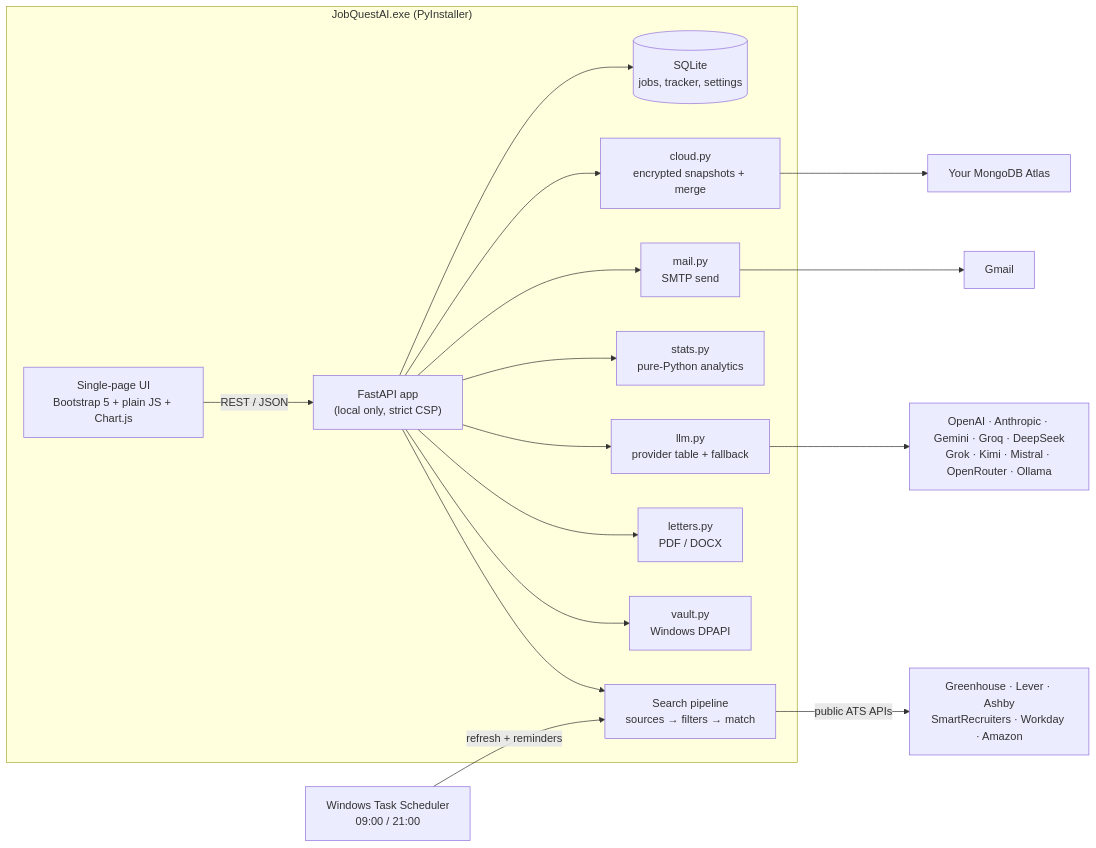
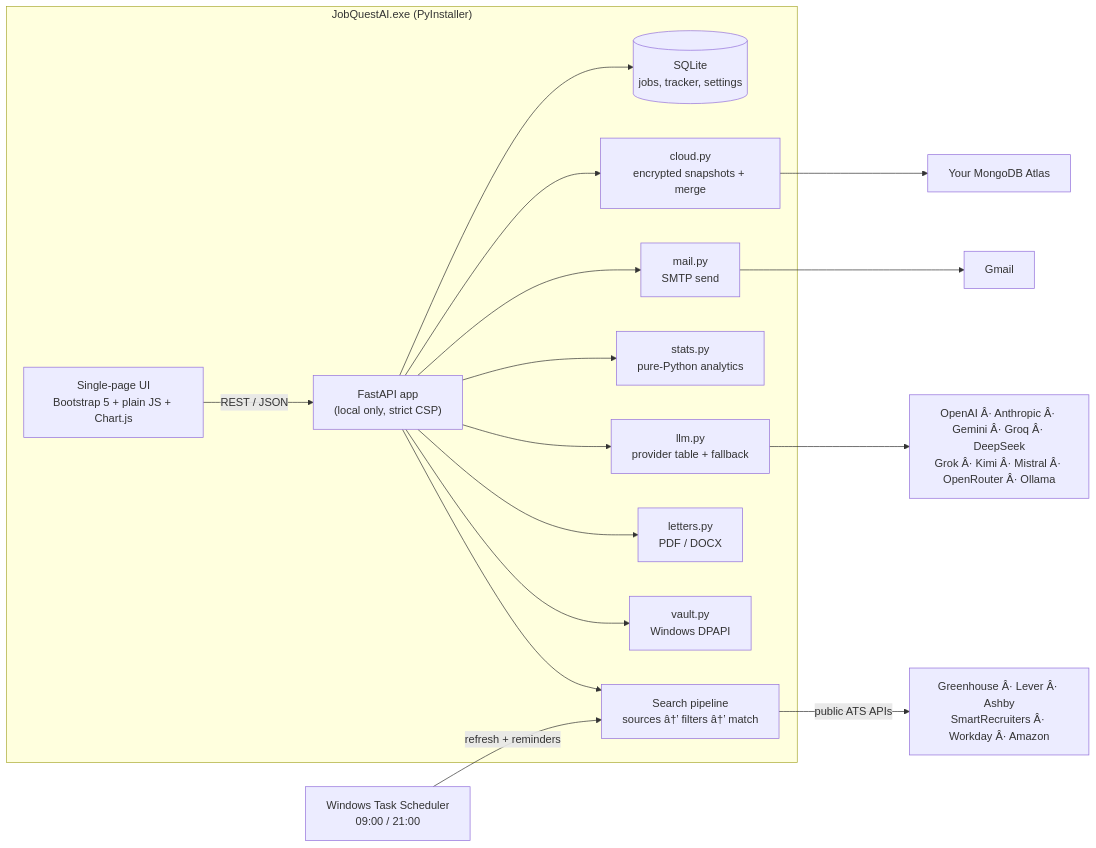
The first of 2 diagrams in README.md (striderzz/JobQuest.AI), drawn with Mermaid before and after one commit. The commit also changed other lines of this file and 3 other files, not shown here.

````diff
--- a/README.md
+++ b/README.md
@@ -151,19 +151,19 @@
 ```mermaid
 flowchart LR
   subgraph Desktop["JobQuestAI.exe (PyInstaller)"]
     UI["Single-page UI<br/>Bootstrap 5 + plain JS + Chart.js"] -->|REST / JSON| API["FastAPI app<br/>(local only, strict CSP)"]
     API --> DB[("SQLite<br/>jobs, tracker, settings")]
-    API --> PIPE["Search pipeline<br/>sources → filters → match"]
+    API --> PIPE["Search pipeline<br/>sources â†’ filters â†’ match"]
     API --> LLM["llm.py<br/>provider table + fallback"]
     API --> STATS["stats.py<br/>pure-Python analytics"]
     API --> MAIL["mail.py<br/>SMTP send"]
     API --> LET["letters.py<br/>PDF / DOCX"]
     API --> VAULT["vault.py<br/>Windows DPAPI"]
     API --> CLOUD["cloud.py<br/>encrypted snapshots + merge"]
   end
   CLOUD --> ATLAS["Your MongoDB Atlas"]
-  PIPE -->|public ATS APIs| BOARDS["Greenhouse · Lever · Ashby<br/>SmartRecruiters · Workday · Amazon"]
-  LLM --> PROVIDERS["OpenAI · Anthropic · Gemini · Groq · DeepSeek<br/>Grok · Kimi · Mistral · OpenRouter · Ollama"]
+  PIPE -->|public ATS APIs| BOARDS["Greenhouse Â· Lever Â· Ashby<br/>SmartRecruiters Â· Workday Â· Amazon"]
+  LLM --> PROVIDERS["OpenAI Â· Anthropic Â· Gemini Â· Groq Â· DeepSeek<br/>Grok Â· Kimi Â· Mistral Â· OpenRouter Â· Ollama"]
   MAIL --> GMAIL["Gmail"]
   SCHED["Windows Task Scheduler<br/>09:00 / 21:00"] -->|refresh + reminders| PIPE
 ```
````
